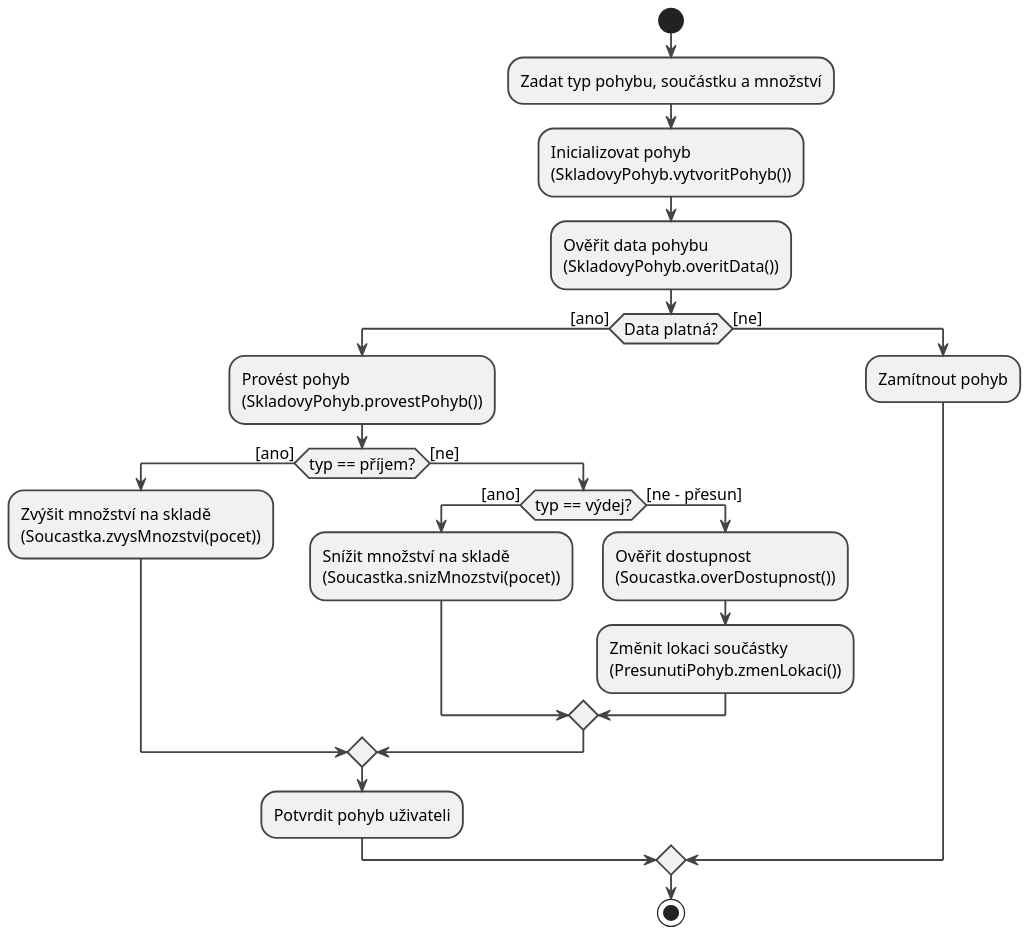
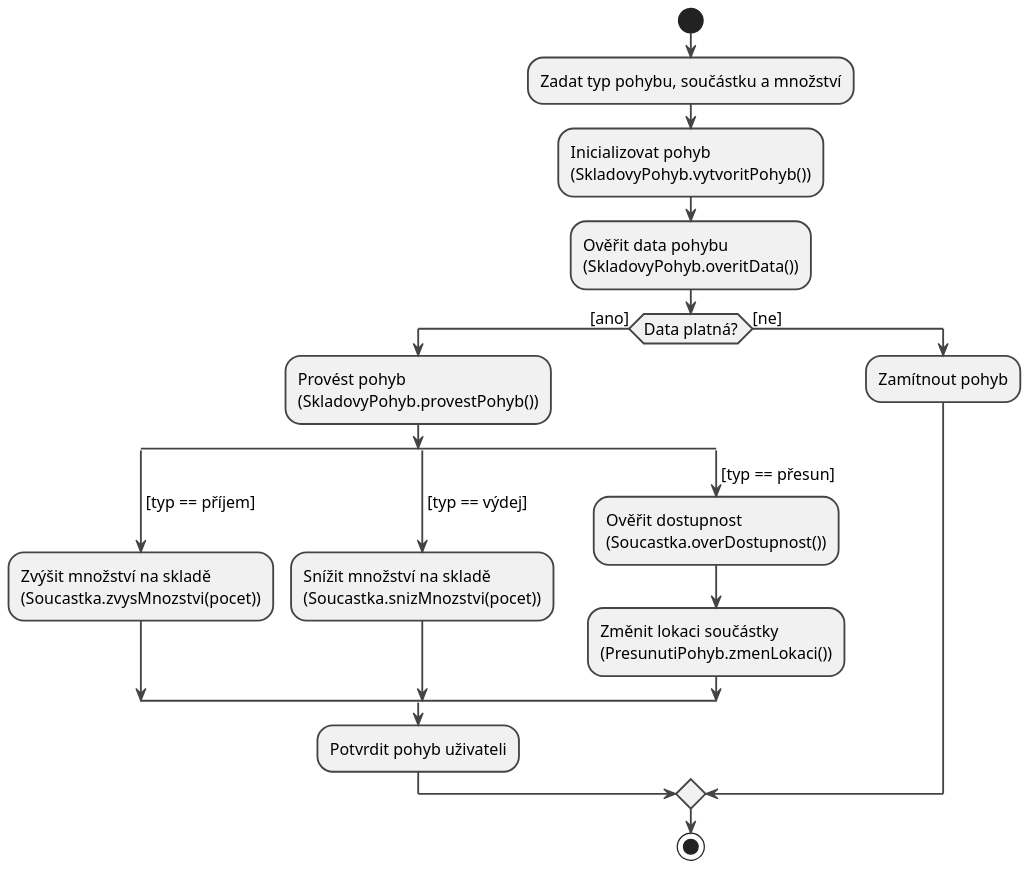
The diagram in diagrams/12_activity_wms.puml (lkvapil/kOdevzdaniProjektWMS), drawn with PlantUML before and after one commit. The commit also changed 1 other file, not shown here.

Commit message:
Diagram aktivit – tlusté čáry fork/join (split/end split)

```diff
--- a/diagrams/12_activity_wms.puml
+++ b/diagrams/12_activity_wms.puml
@@ -1,38 +1,44 @@
 @startuml
 scale 1.5
 skinparam defaultFontSize 13
 skinparam ArrowThickness 1.5
 skinparam ActivityBorderThickness 1.5
 skinparam ActivityDiamondBorderThickness 1.5
 skinparam ActivityBorderColor #444444
 skinparam ActivityDiamondBorderColor #444444
 skinparam ArrowColor #444444
 
 start
 
 :Zadat typ pohybu, součástku a množství;
 :Inicializovat pohyb\n(SkladovyPohyb.vytvoritPohyb());
 :Ověřit data pohybu\n(SkladovyPohyb.overitData());
 
 if (Data platná?) then ([ano])
   :Provést pohyb\n(SkladovyPohyb.provestPohyb());
 
-  if (typ == příjem?) then ([ano])
+  ' split = rozdělení do větví s tlustou čárou (fork)
+  split
+    ' Větev 1 – příjem
+    -> [typ == příjem];
     :Zvýšit množství na skladě\n(Soucastka.zvysMnozstvi(pocet));
-  else ([ne])
-    if (typ == výdej?) then ([ano])
-      :Snížit množství na skladě\n(Soucastka.snizMnozstvi(pocet));
-    else ([ne – přesun])
-      :Ověřit dostupnost\n(Soucastka.overDostupnost());
-      :Změnit lokaci součástky\n(PresunutiPohyb.zmenLokaci());
-    endif
-  endif
+  split again
+    ' Větev 2 – výdej
+    -> [typ == výdej];
+    :Snížit množství na skladě\n(Soucastka.snizMnozstvi(pocet));
+  split again
+    ' Větev 3 – přesun
+    -> [typ == přesun];
+    :Ověřit dostupnost\n(Soucastka.overDostupnost());
+    :Změnit lokaci součástky\n(PresunutiPohyb.zmenLokaci());
+  end split
+  ' end split = sloučení (join) – tlusté čáry
 
   :Potvrdit pohyb uživateli;
 
 else ([ne])
   :Zamítnout pohyb;
 endif
 
 stop
 @enduml
```
